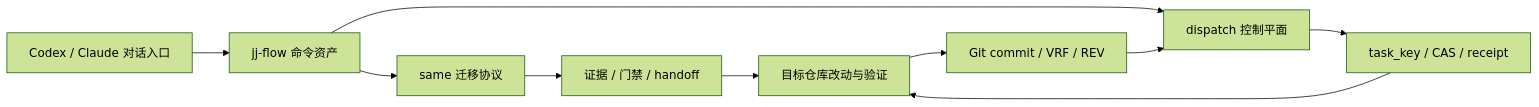
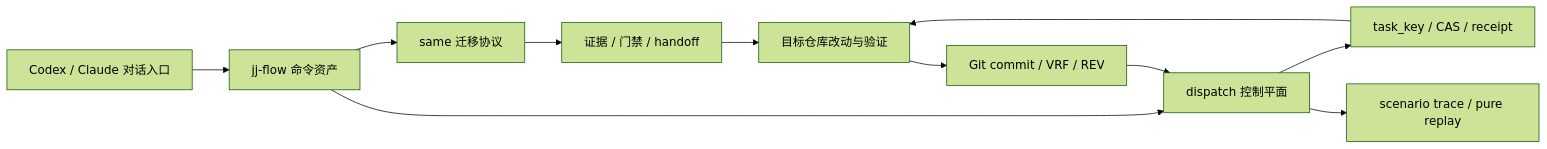
The first of 2 diagrams in docs/architecture.md (beerui/jj-flow), drawn with Mermaid (forest theme) before and after one commit. The commit also changed other lines of this file and 55 other files, not shown here.

````diff
--- a/docs/architecture.md
+++ b/docs/architecture.md
@@ -11,12 +11,13 @@
 ```mermaid
 flowchart LR
   A[Codex / Claude 对话入口] --> B[jj-flow 命令资产]
   B --> C[same 迁移协议]
   B --> D[dispatch 控制平面]
   C --> E[证据 / 门禁 / handoff]
   D --> F[task_key / CAS / receipt]
   E --> G[目标仓库改动与验证]
   F --> G
   G --> H[Git commit / VRF / REV]
   H --> D
+  D --> I[scenario trace / pure replay]
 ```
````
